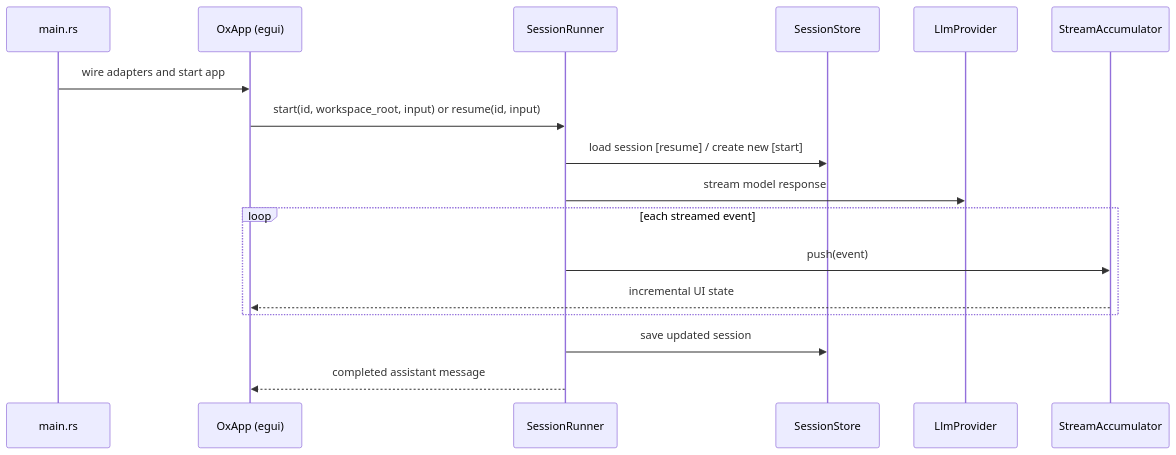
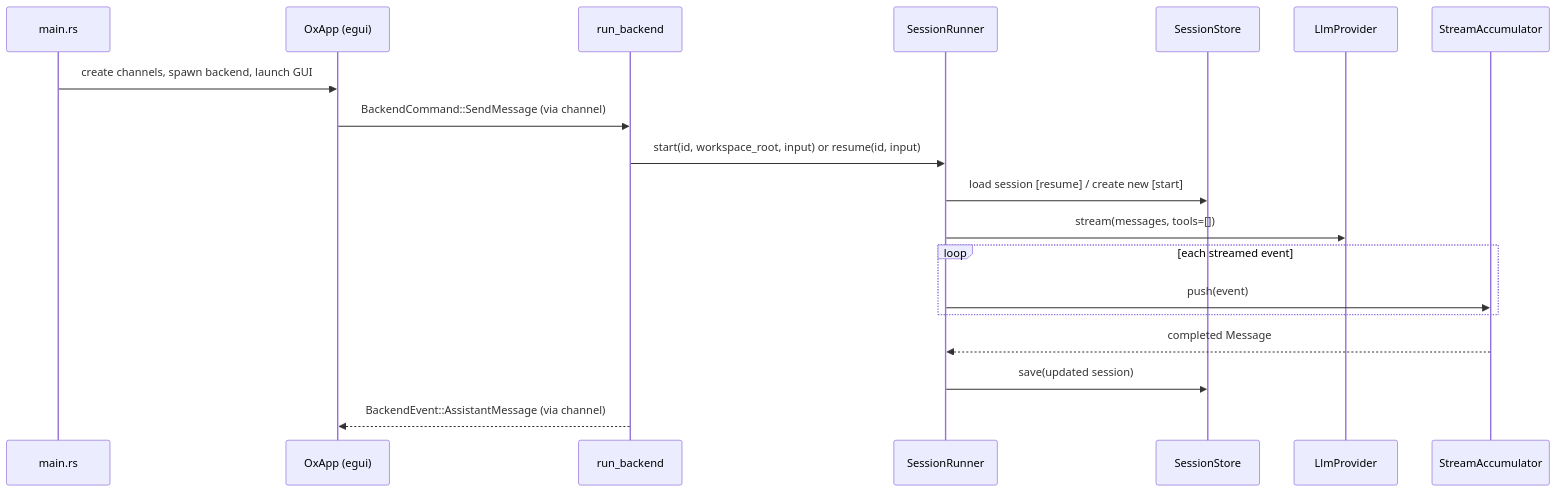
One commit to kkestell/ox-rs changed the second of 2 diagrams in AGENTS.md. Above: the diagram before and after it, drawn with Mermaid. The commit also changed other lines of this file and 7 other files, not shown here.

First line of the commit message:
Wire end-to-end chat: GUI ↔ channels ↔ SessionRunner

````diff
--- a/AGENTS.md
+++ b/AGENTS.md
@@ -109,22 +71,24 @@
 ```mermaid
 sequenceDiagram
     participant M as main.rs
     participant G as OxApp (egui)
+    participant BC as run_backend
     participant SR as SessionRunner
     participant SS as SessionStore
     participant LP as LlmProvider
     participant ACC as StreamAccumulator
 
-    M->>G: wire adapters and start app
-    G->>SR: start(id, workspace_root, input) or resume(id, input)
+    M->>G: create channels, spawn backend, launch GUI
+    G->>BC: BackendCommand::SendMessage (via channel)
+    BC->>SR: start(id, workspace_root, input) or resume(id, input)
     SR->>SS: load session [resume] / create new [start]
-    SR->>LP: stream model response
+    SR->>LP: stream(messages, tools=[])
 
     loop each streamed event
         SR->>ACC: push(event)
-        ACC-->>G: incremental UI state
     end
 
-    SR->>SS: save updated session
-    SR-->>G: completed assistant message
+    ACC-->>SR: completed Message
+    SR->>SS: save(updated session)
+    BC-->>G: BackendEvent::AssistantMessage (via channel)
 ```
````
